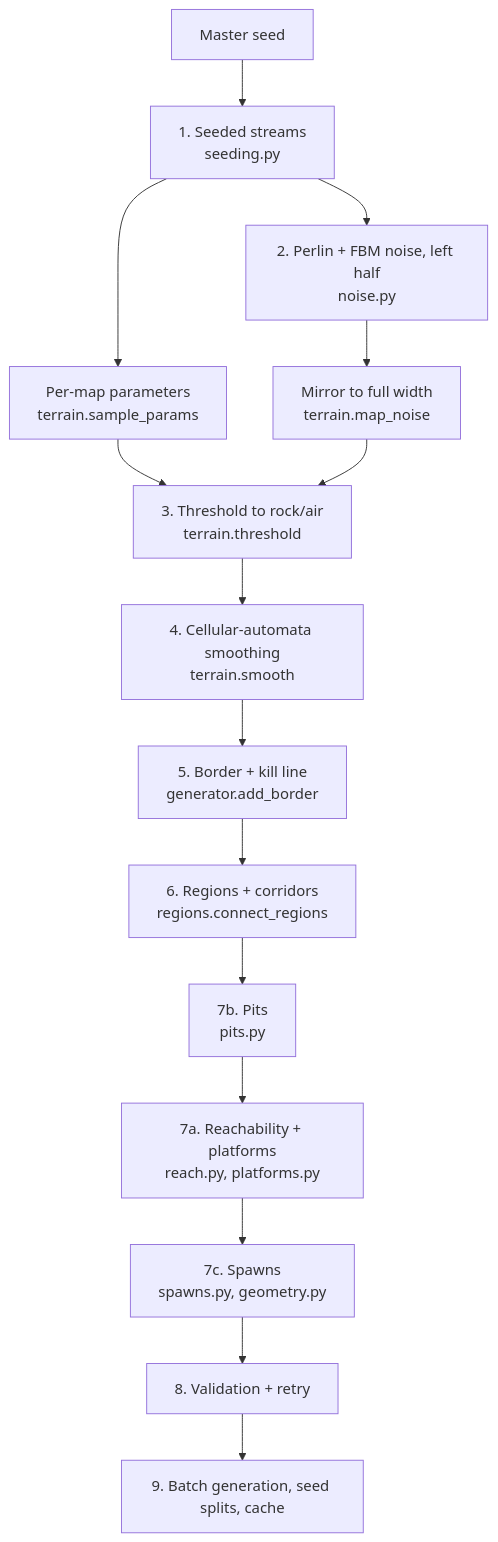
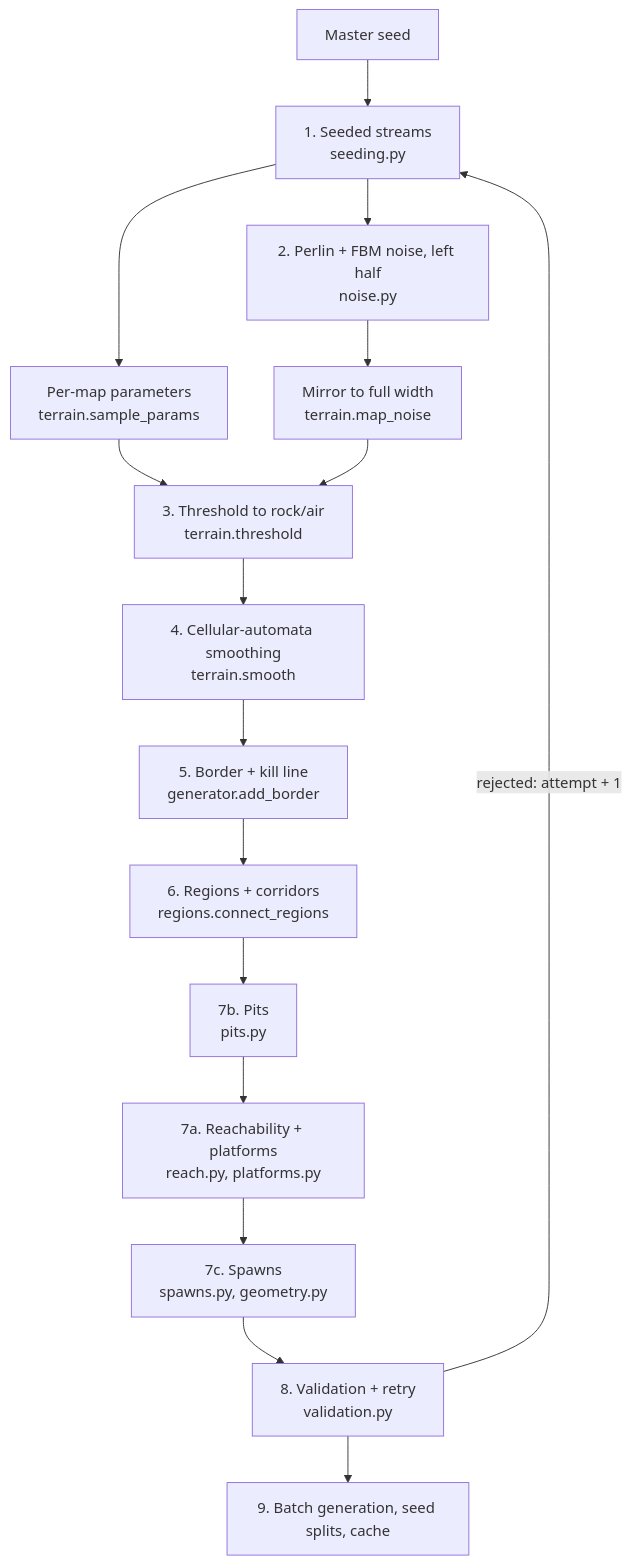
Before and after one commit to thekrishmellow/RL-Donut: the first of 2 diagrams in docs/mapgen.md, drawn with Mermaid. The commit also changed other lines of this file and 18 other files, not shown here.

First line of the commit message:
Step 1.8: validation and retry

````diff
--- a/docs/mapgen.md
+++ b/docs/mapgen.md
@@ -20,17 +20,18 @@
 ```mermaid
 flowchart TD
     S[Master seed] --> P[1. Seeded streams<br/>seeding.py]
     P --> Q[Per-map parameters<br/>terrain.sample_params]
     P --> N[2. Perlin + FBM noise, left half<br/>noise.py]
     N --> MI[Mirror to full width<br/>terrain.map_noise]
     Q --> T[3. Threshold to rock/air<br/>terrain.threshold]
     MI --> T
     T --> C[4. Cellular-automata smoothing<br/>terrain.smooth]
     C --> M[5. Border + kill line<br/>generator.add_border]
     M --> RG[6. Regions + corridors<br/>regions.connect_regions]
     RG --> PT[7b. Pits<br/>pits.py]
     PT --> PL[7a. Reachability + platforms<br/>reach.py, platforms.py]
     PL --> SP[7c. Spawns<br/>spawns.py, geometry.py]
-    SP --> V[8. Validation + retry]
+    SP --> V[8. Validation + retry<br/>validation.py]
+    V -- rejected: attempt + 1 --> P
     V --> B[9. Batch generation, seed splits, cache]
 ```
````
